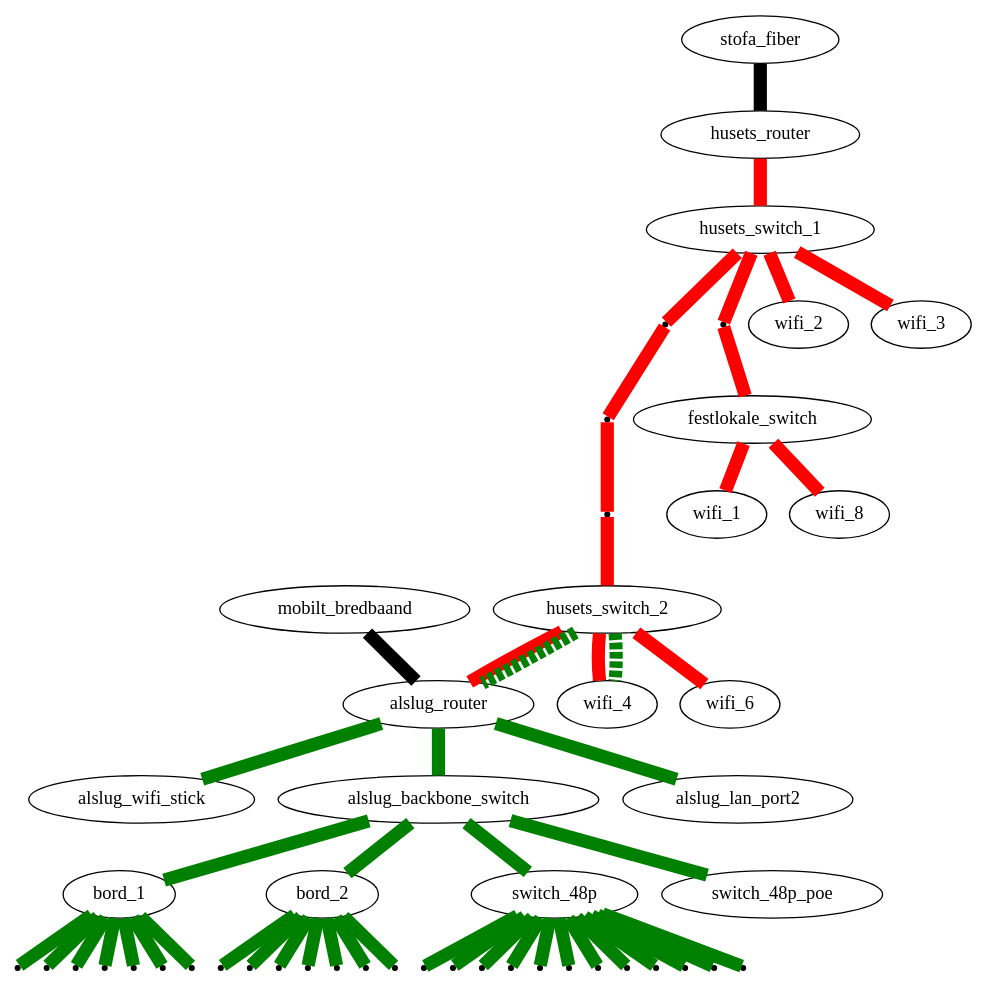
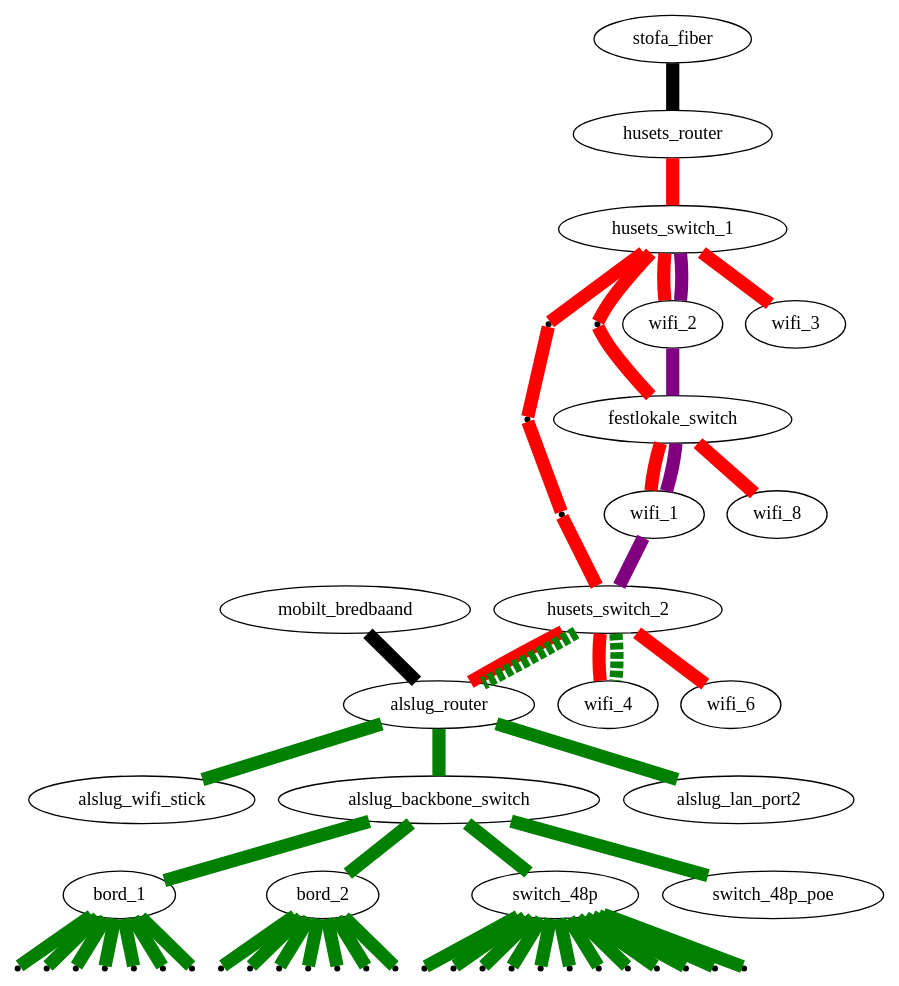
The diagram in projekter/network.dot (alslug/alslug.dk), drawn with Graphviz before and after one commit.

```diff
--- a/projekter/network.dot
+++ b/projekter/network.dot
@@ -1,31 +1,34 @@
 digraph xxx {
   link_12a [ shape=point ];
   link_12b [ shape=point ];
   link_12c [ shape=point ];
   link_1fa [ shape=point ];
   edge [ dir=none penwidth=10 ];
   
   // Internet forbindelser
   stofa_fiber      -> husets_router [ fillcolor=black style=filled ];
   mobilt_bredbaand -> alslug_router [ fillcolor=black style=filled ];
   
   // Husets forbindelser
   edge  [ color=red style=solid ];
   husets_router -> husets_switch_1 -> { wifi_2 wifi_3 };
   husets_switch_1 -> link_12a -> link_12b -> link_12c -> husets_switch_2 -> { wifi_4 wifi_6 alslug_router};
   husets_switch_1 -> link_1fa -> festlokale_switch -> { wifi_1 wifi_8 };
 
   // VLAN forbindelser over bakkensbros netværk
   edge  [ color=green style=dashed ];
   husets_switch_2 -> { alslug_router wifi_4 };
   
   // Interne forbindelser
   edge [ color=green style=solid ];
   alslug_router -> { alslug_wifi_stick alslug_backbone_switch alslug_lan_port2 };
   alslug_backbone_switch -> { bord_1 bord_2 switch_48p switch_48p_poe }
   
   node [ shape=point ];
   bord_1 -> { bord_1_1 bord_1_2 bord_1_3 bord_1_4 bord_1_5 bord_1_6 bord_1_7 }
   bord_2 -> { bord_2_1 bord_2_2 bord_2_3 bord_2_4 bord_2_5 bord_2_6 bord_2_7 }
   switch_48p -> { switch_48p_1 switch_48p_2 switch_48p_3 switch_48p_4 switch_48p_5 switch_48p_6 switch_48p_7 switch_48p_8 switch_48p_9 switch_48p_10 switch_48p_11 switch_48p_12 }
+  
+  edge [ color=purple ];
+  husets_switch_1 -> wifi_2 -> festlokale_switch -> wifi_1 -> husets_switch_2;
 }
```
